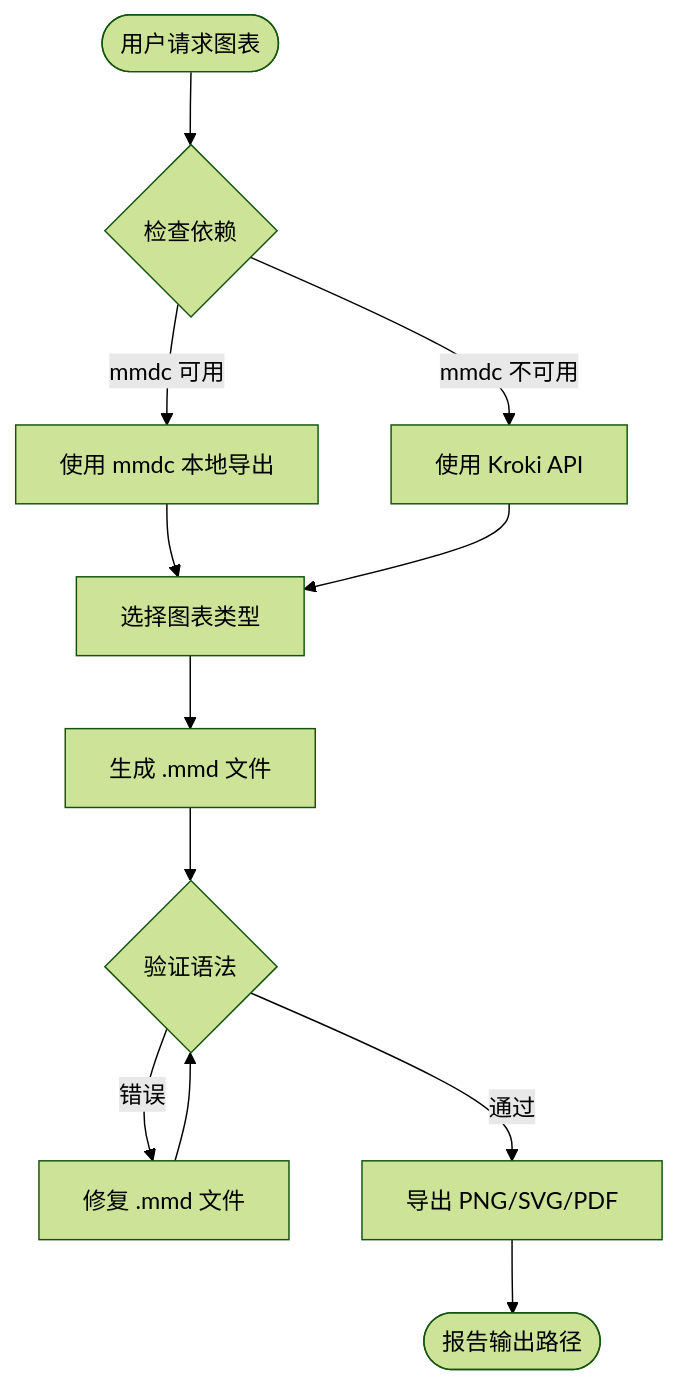
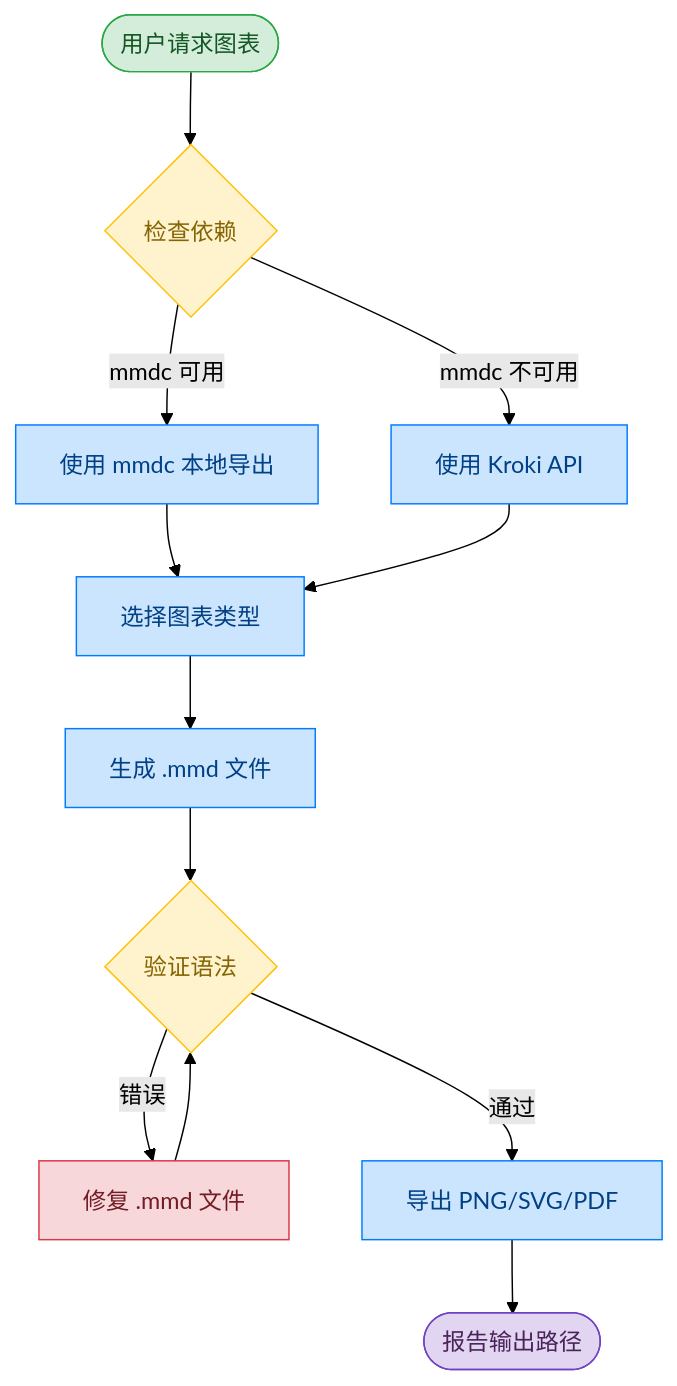
One commit to Agents365-ai/mermaid-skill changed the diagram in assets/workflow_cn.mmd. Above: the diagram before and after it, drawn with Mermaid (forest theme). The commit also changed 5 other files, not shown here.

First line of the commit message:
Add color design to workflow diagrams

```diff
--- a/assets/workflow_cn.mmd
+++ b/assets/workflow_cn.mmd
@@ -1,19 +1,25 @@
 flowchart TD
-  Start([用户请求图表]) --> CheckDeps{检查依赖}
+  Start([用户请求图表]):::input --> CheckDeps{检查依赖}:::decision
 
-  CheckDeps -->|mmdc 可用| UseMmdc[使用 mmdc 本地导出]
-  CheckDeps -->|mmdc 不可用| UseKroki[使用 Kroki API]
+  CheckDeps -->|mmdc 可用| UseMmdc[使用 mmdc 本地导出]:::process
+  CheckDeps -->|mmdc 不可用| UseKroki[使用 Kroki API]:::process
 
   UseMmdc --> PickType
   UseKroki --> PickType
 
-  PickType[选择图表类型] --> Generate[生成 .mmd 文件]
+  PickType[选择图表类型]:::process --> Generate[生成 .mmd 文件]:::process
 
-  Generate --> Validate{验证语法}
+  Generate --> Validate{验证语法}:::decision
 
-  Validate -->|错误| Fix[修复 .mmd 文件]
+  Validate -->|错误| Fix[修复 .mmd 文件]:::warning
   Fix --> Validate
 
-  Validate -->|通过| Export[导出 PNG/SVG/PDF]
+  Validate -->|通过| Export[导出 PNG/SVG/PDF]:::process
 
-  Export --> Report([报告输出路径])
+  Export --> Report([报告输出路径]):::output
+
+  classDef input fill:#d4edda,stroke:#28a745,color:#155724
+  classDef process fill:#cce5ff,stroke:#007bff,color:#004085
+  classDef decision fill:#fff3cd,stroke:#ffc107,color:#856404
+  classDef warning fill:#f8d7da,stroke:#dc3545,color:#721c24
+  classDef output fill:#e2d5f1,stroke:#6f42c1,color:#4a235a
```
